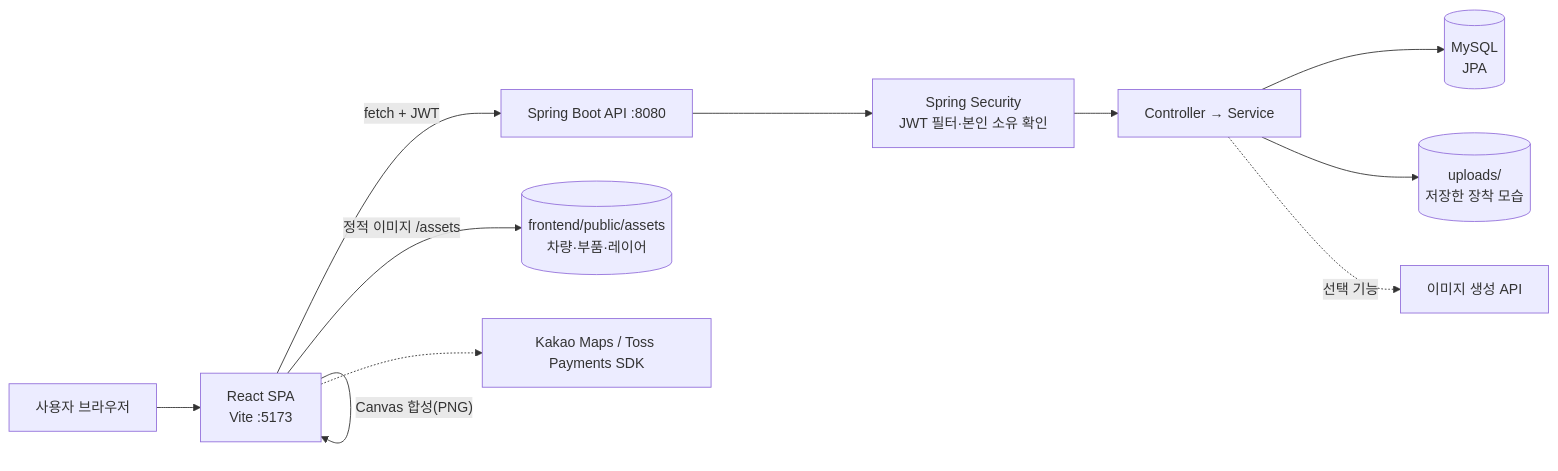
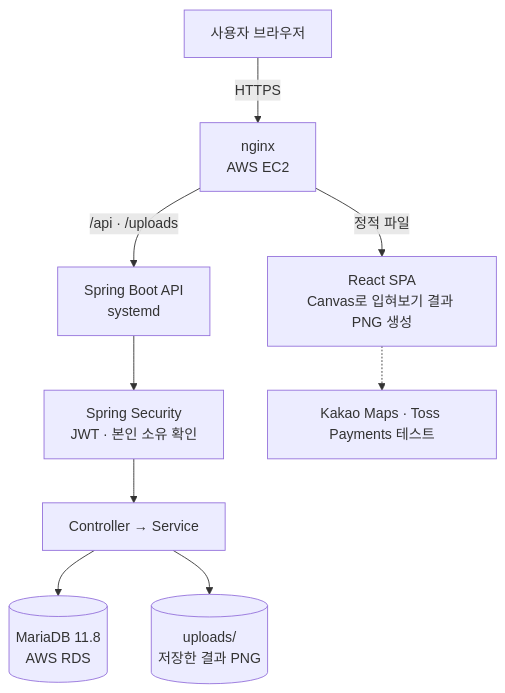
The second of 3 diagrams in README.md (NullTTa/ridefit), drawn with Mermaid before and after one commit. The commit also changed other lines of this file and 16 other files, not shown here.

Commit message:
docs: portfolio README, feature flows, troubleshooting, screenshots

````diff
--- a/README.md
+++ b/README.md
@@ -121,13 +167,11 @@
 ```mermaid
-flowchart LR
-  U[사용자 브라우저] --> F[React SPA<br/>Vite :5173]
-  F -- "fetch + JWT" --> B[Spring Boot API :8080]
-  F -- "정적 이미지 /assets" --> P[(frontend/public/assets<br/>차량·부품·레이어)]
-  F -- "Canvas 합성(PNG)" --> F
-  B --> S[Spring Security<br/>JWT 필터·본인 소유 확인]
-  S --> C[Controller → Service]
-  C --> R[(MySQL<br/>JPA)]
-  C --> D[(uploads/<br/>저장한 장착 모습)]
-  C -. 선택 기능 .-> X[이미지 생성 API]
-  F -.-> K[Kakao Maps / Toss Payments SDK]
+flowchart TB
+  U[사용자 브라우저] -->|HTTPS| N[nginx<br/>AWS EC2]
+  N -->|정적 파일| SPA[React SPA<br/>Canvas로 입혀보기 결과 PNG 생성]
+  N -->|/api · /uploads| B[Spring Boot API<br/>systemd]
+  B --> SEC[Spring Security<br/>JWT · 본인 소유 확인]
+  SEC --> SVC[Controller → Service]
+  SVC --> DB[(MariaDB 11.8<br/>AWS RDS)]
+  SVC --> FS[(uploads/<br/>저장한 결과 PNG)]
+  SPA -.-> EXT[Kakao Maps · Toss Payments 테스트]
 ```
````
